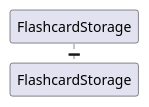
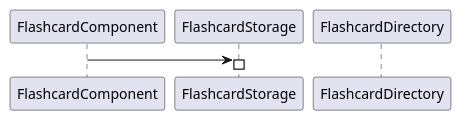
One commit to nus-cs2113-AY2324S1/tp changed the diagram in docs/Diagrams/FlashcardStorage.puml. Above: the diagram before and after it, drawn with PlantUML. The commit also changed 5 other files, not shown here.

```diff
--- a/docs/Diagrams/FlashcardStorage.puml
+++ b/docs/Diagrams/FlashcardStorage.puml
@@ -1,5 +1,11 @@
 @startuml
-activate FlashcardStorage
+
+autoactivate on
+participant FlashcardComponent as fc
+participant FlashcardStorage as fs
+participant FlashcardDirectory as fd
+
+fc -> fs :
 
 
 @enduml
```
